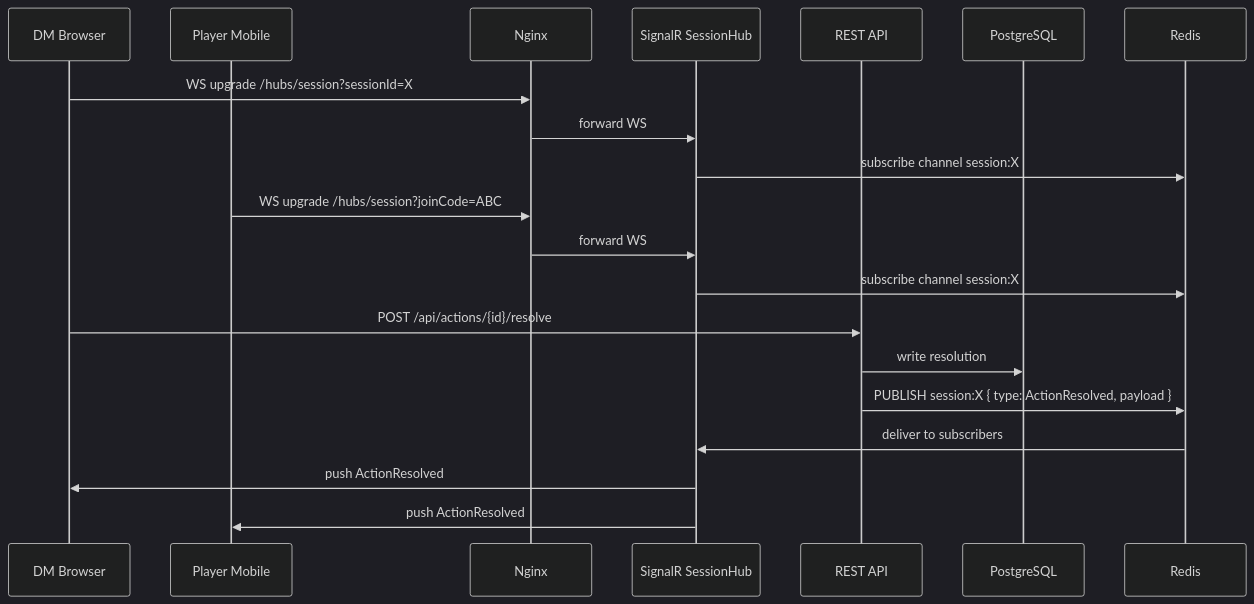
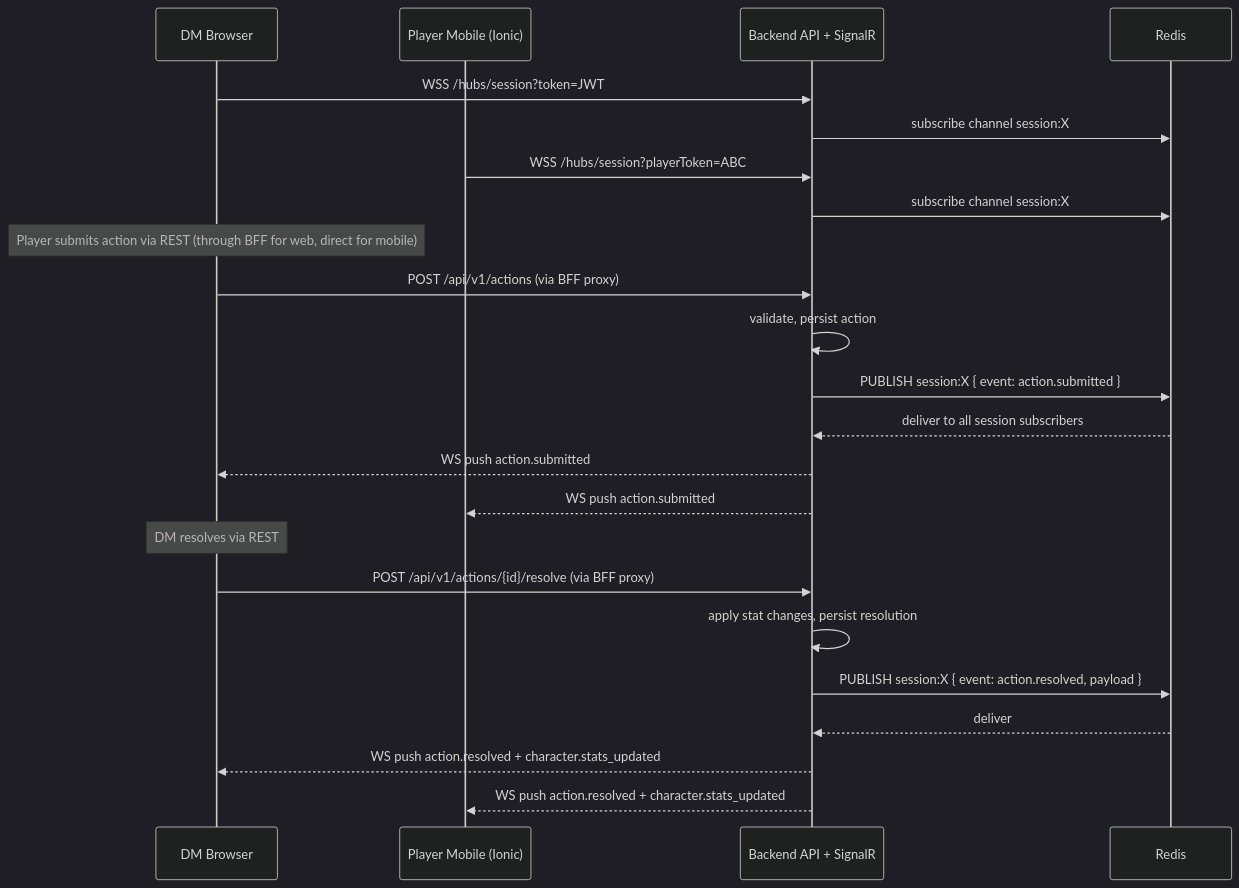
The third of 12 diagrams in DESIGN_V2.md (Dsaposs/CursorWebServiceApplication), drawn with Mermaid (dark theme) before and after one commit. The commit also changed other lines of this file and 28 other files, not shown here.

First line of the commit message:
Expand architecture & action system docs

````diff
--- a/DESIGN_V2.md
+++ b/DESIGN_V2.md
@@ -124,25 +214,29 @@
 ```mermaid
 sequenceDiagram
     participant DMWeb as DM Browser
-    participant PlayerMobile as Player Mobile
-    participant Nginx
-    participant SessionHub as SignalR SessionHub
-    participant API as REST API
-    participant PG as PostgreSQL
+    participant PlayerMobile as Player Mobile (Ionic)
+    participant API as Backend API + SignalR
     participant Redis
 
-    DMWeb->>Nginx: WS upgrade /hubs/session?sessionId=X
-    Nginx->>SessionHub: forward WS
-    SessionHub->>Redis: subscribe channel session:X
+    DMWeb->>API: WSS /hubs/session?token=JWT
+    API->>Redis: subscribe channel session:X
 
-    PlayerMobile->>Nginx: WS upgrade /hubs/session?joinCode=ABC
-    Nginx->>SessionHub: forward WS
-    SessionHub->>Redis: subscribe channel session:X
+    PlayerMobile->>API: WSS /hubs/session?playerToken=ABC
+    API->>Redis: subscribe channel session:X
 
-    DMWeb->>API: POST /api/actions/{id}/resolve
-    API->>PG: write resolution
-    API->>Redis: PUBLISH session:X { type: ActionResolved, payload }
-    Redis->>SessionHub: deliver to subscribers
-    SessionHub->>DMWeb: push ActionResolved
-    SessionHub->>PlayerMobile: push ActionResolved
+    Note over DMWeb: Player submits action via REST (through BFF for web, direct for mobile)
+    DMWeb->>API: POST /api/v1/actions (via BFF proxy)
+    API->>API: validate, persist action
+    API->>Redis: PUBLISH session:X { event: action.submitted }
+    Redis-->>API: deliver to all session subscribers
+    API-->>DMWeb: WS push action.submitted
+    API-->>PlayerMobile: WS push action.submitted
+
+    Note over DMWeb: DM resolves via REST
+    DMWeb->>API: POST /api/v1/actions/{id}/resolve (via BFF proxy)
+    API->>API: apply stat changes, persist resolution
+    API->>Redis: PUBLISH session:X { event: action.resolved, payload }
+    Redis-->>API: deliver
+    API-->>DMWeb: WS push action.resolved + character.stats_updated
+    API-->>PlayerMobile: WS push action.resolved + character.stats_updated
 ```
````
